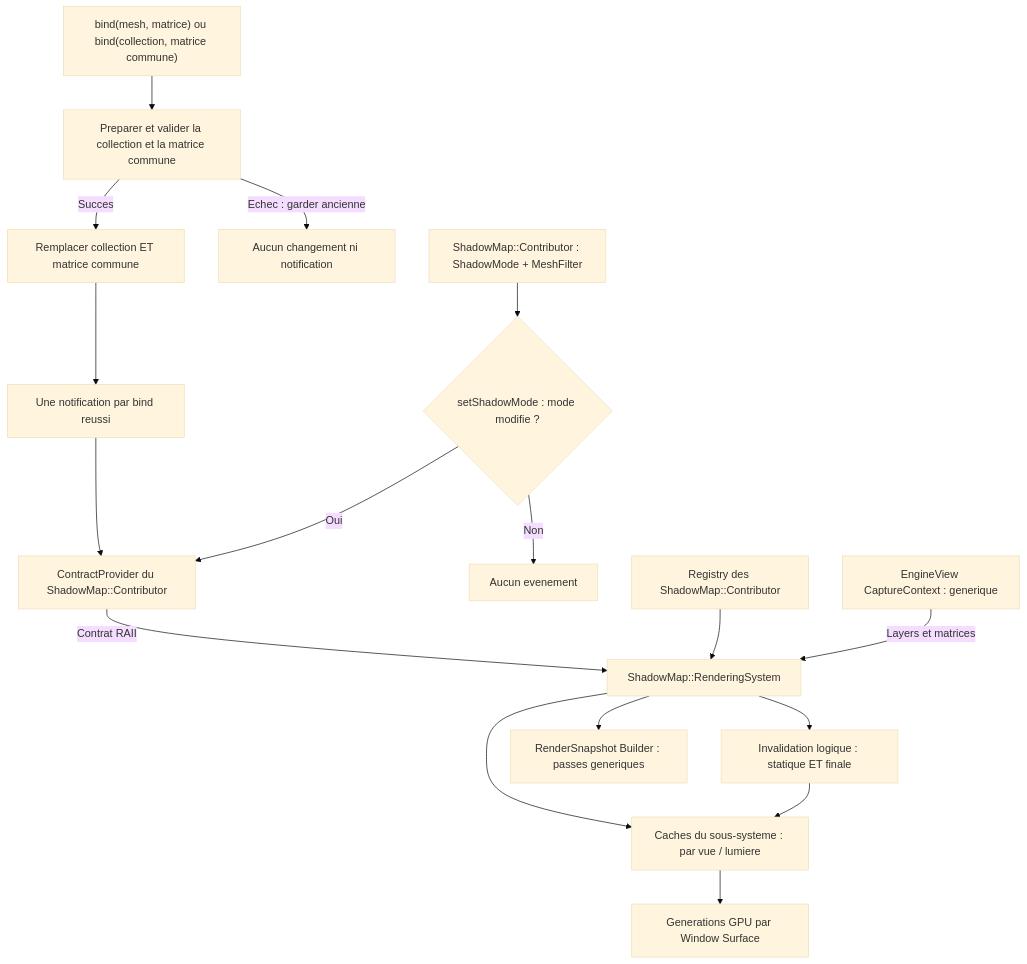
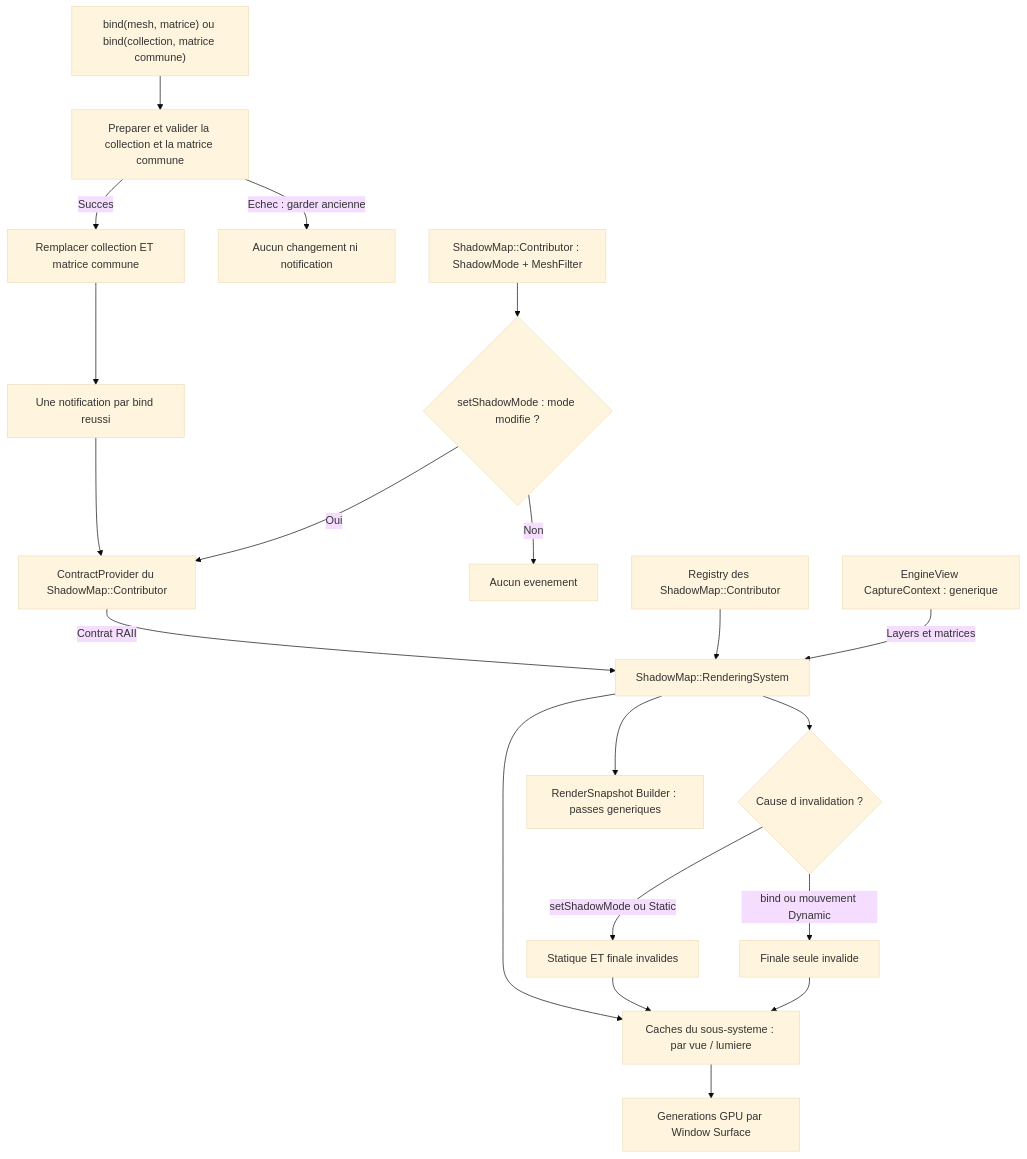
One commit to EreliaStudio/Sparkle changed diagram 15 of 23 in docs/voxel-engine-v0.1.4-specification.md. Above: the diagram before and after it, drawn with Mermaid (base theme). The commit also changed other lines of this file, not shown here.

Commit message:
docs(v0.1.4): replace A2 propagation tests and correct shadow cache invalidation diagram

````diff
--- a/docs/voxel-engine-v0.1.4-specification.md
+++ b/docs/voxel-engine-v0.1.4-specification.md
@@ -1212,19 +1212,22 @@
 ```mermaid
 flowchart TD
   Source["ShadowMap::Contributor : ShadowMode + MeshFilter"] --> Change{"setShadowMode : mode modifie ?"}
   Bind["bind(mesh, matrice) ou bind(collection, matrice commune)"] --> Validate["Preparer et valider la collection et la matrice commune"]
   Validate -->|"Echec : garder ancienne"| Failure["Aucun changement ni notification"]
   Validate -->|"Succes"| Swap["Remplacer collection ET matrice commune"]
   Swap --> Geom["Une notification par bind reussi"]
   Geom --> Provider
   Change -->|"Non"| Nothing["Aucun evenement"]
   Change -->|"Oui"| Provider["ContractProvider du ShadowMap::Contributor"]
   Provider -->|"Contrat RAII"| S["ShadowMap::RenderingSystem"]
-  S --> Cache["Invalidation logique : statique ET finale"]
+  S --> Reason{"Cause d invalidation ?"}
+  Reason -->|"setShadowMode ou Static"| Both["Statique ET finale invalides"]
+  Reason -->|"bind ou mouvement Dynamic"| Final["Finale seule invalide"]
   Registry["Registry des ShadowMap::Contributor"] --> S
   S --> PerView["Caches du sous-systeme : par vue / lumiere"]
   PerView --> Surface["Generations GPU par Window Surface"]
-  Cache --> PerView
+  Both --> PerView
+  Final --> PerView
   Context["EngineView CaptureContext : generique"] -->|"Layers et matrices"| S
   S --> Builder["RenderSnapshot Builder : passes generiques"]
 ```
````
